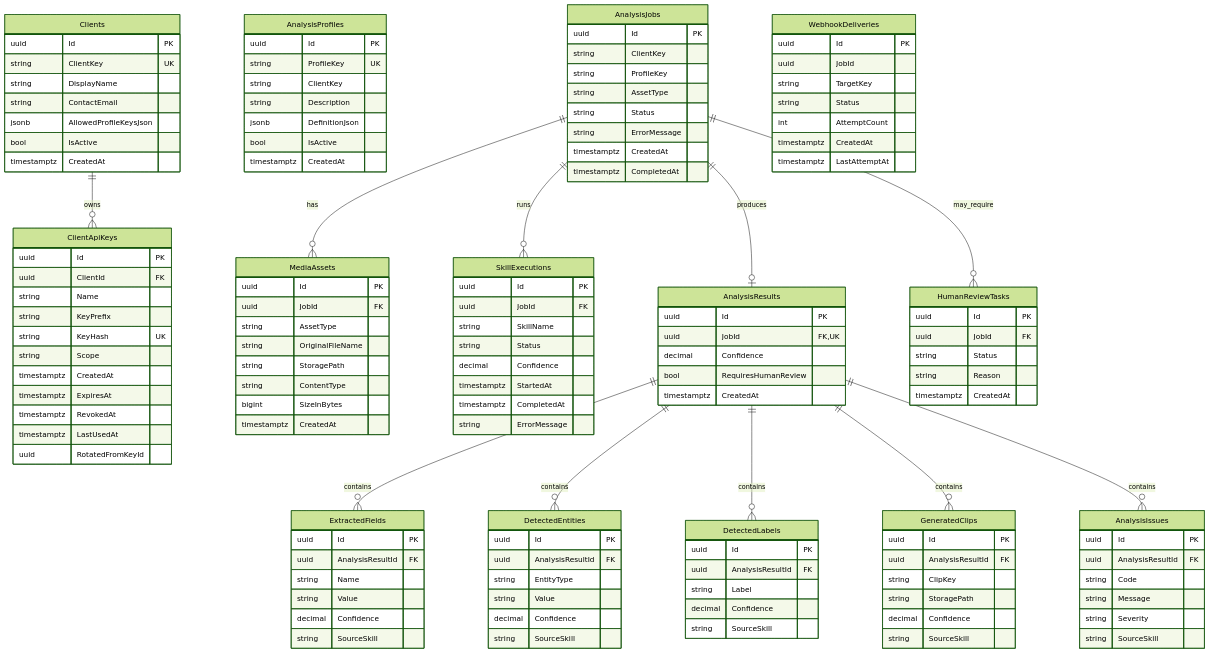
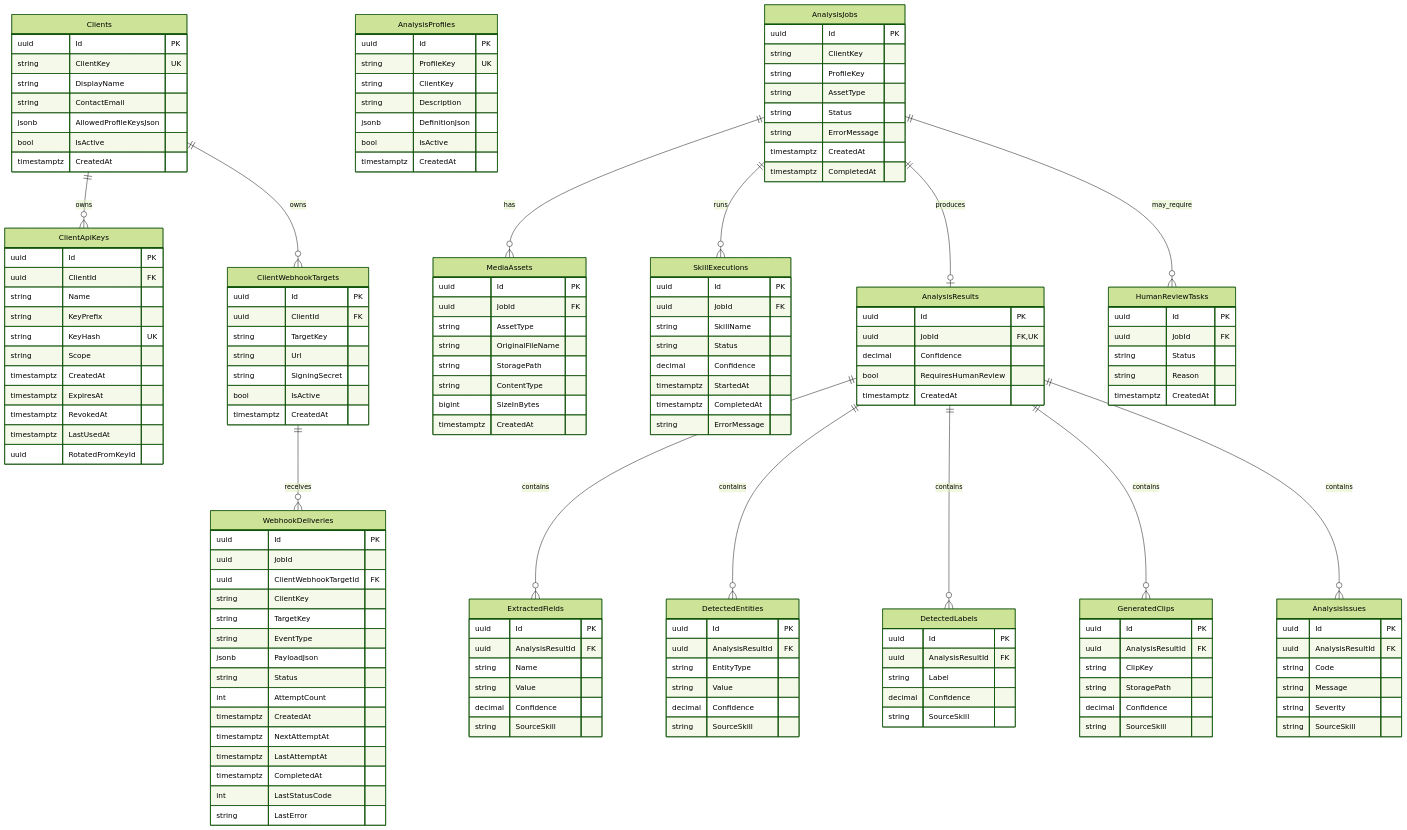
One commit to lokomurdok89/DeValpo.MediaIntelligence changed the eighth of 8 diagrams in README.md. Above: the diagram before and after it, drawn with Mermaid (forest theme). The commit also changed other lines of this file and 53 other files, not shown here.

````diff
--- a/README.md
+++ b/README.md
@@ -592,14 +612,33 @@
     WebhookDeliveries {
         uuid Id PK
         uuid JobId
+        uuid ClientWebhookTargetId FK
+        string ClientKey
         string TargetKey
+        string EventType
+        jsonb PayloadJson
         string Status
         int AttemptCount
         timestamptz CreatedAt
+        timestamptz NextAttemptAt
         timestamptz LastAttemptAt
+        timestamptz CompletedAt
+        int LastStatusCode
+        string LastError
+    }
+
+    ClientWebhookTargets {
+        uuid Id PK
+        uuid ClientId FK
+        string TargetKey
+        string Url
+        string SigningSecret
+        bool IsActive
+        timestamptz CreatedAt
     }
 
     Clients ||--o{ ClientApiKeys : owns
+    Clients ||--o{ ClientWebhookTargets : owns
     AnalysisJobs ||--o{ MediaAssets : has
     AnalysisJobs ||--o{ SkillExecutions : runs
     AnalysisJobs ||--o| AnalysisResults : produces
@@ -609,4 +648,5 @@
     AnalysisResults ||--o{ DetectedLabels : contains
     AnalysisResults ||--o{ GeneratedClips : contains
     AnalysisResults ||--o{ AnalysisIssues : contains
+    ClientWebhookTargets ||--o{ WebhookDeliveries : receives
 ```
````
